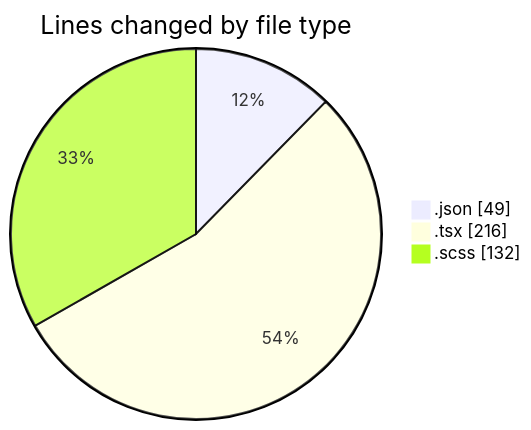
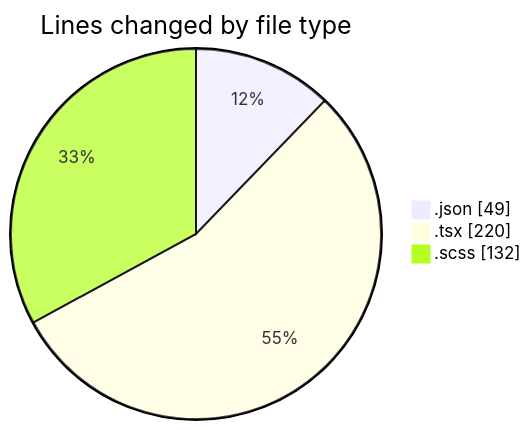
The first of 2 diagrams in 2025-08-20/cda/README.md (momahboobian/code-tracking), drawn with Mermaid before and after one commit. The commit also changed other lines of this file and 1 other file, not shown here.

````diff
--- a/2025-08-20/cda/README.md
+++ b/2025-08-20/cda/README.md
@@ -22,7 +22,7 @@
 ```mermaid
 pie showData
 title Lines changed by file type
 ".json" : 49
-".tsx" : 216
+".tsx" : 220
 ".scss" : 132
 ```
````
